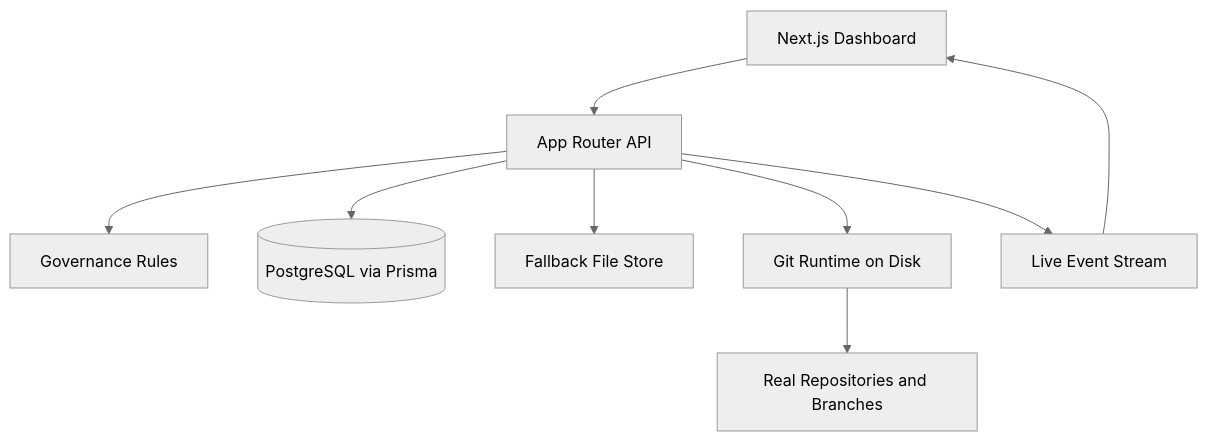
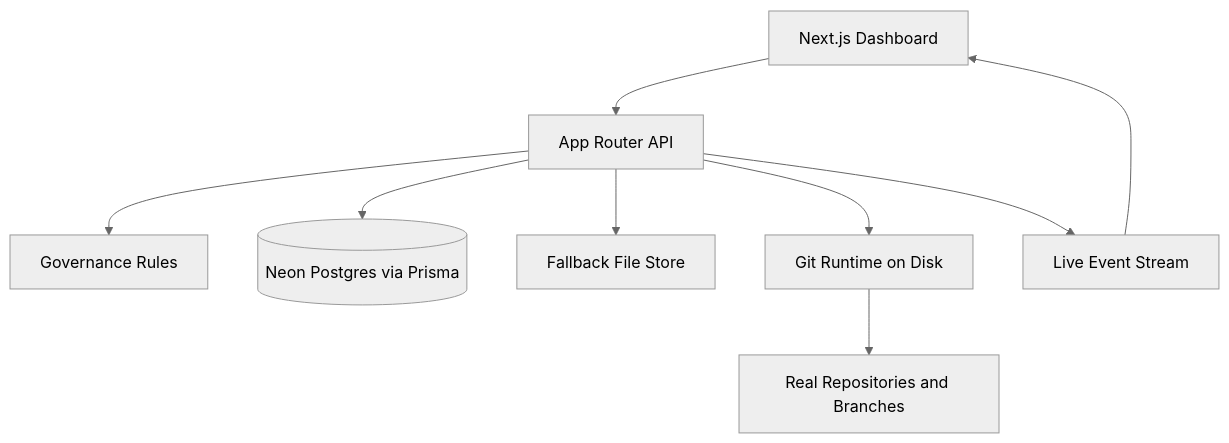
The third of 4 diagrams in README.md (aniruddhaadak80/agentgithub), drawn with Mermaid (neutral theme) before and after one commit. The commit also changed other lines of this file and 1 other file, not shown here.

````diff
--- a/README.md
+++ b/README.md
@@ -22,11 +81,11 @@
 ```mermaid
 flowchart TD
     UI[Next.js Dashboard] --> API[App Router API]
     API --> POLICY[Governance Rules]
-    API --> DB[(PostgreSQL via Prisma)]
+    API --> DB[(Neon Postgres via Prisma)]
     API --> FILE[Fallback File Store]
     API --> GIT[Git Runtime on Disk]
     API --> SSE[Live Event Stream]
     SSE --> UI
     GIT --> REPOS[Real Repositories and Branches]
 ```
````
